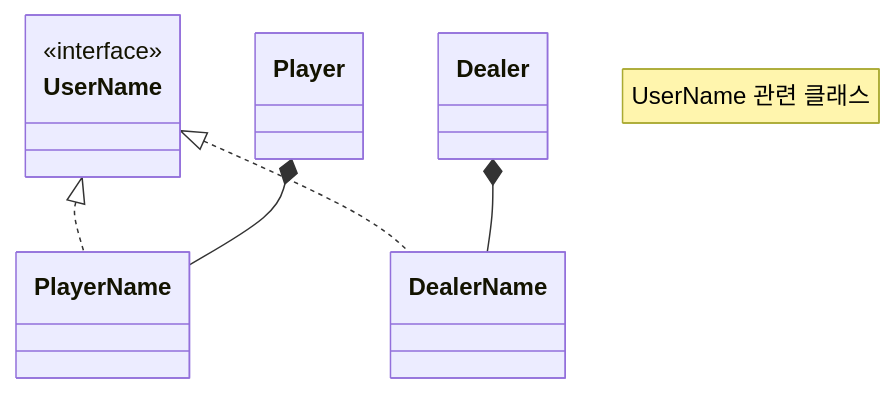
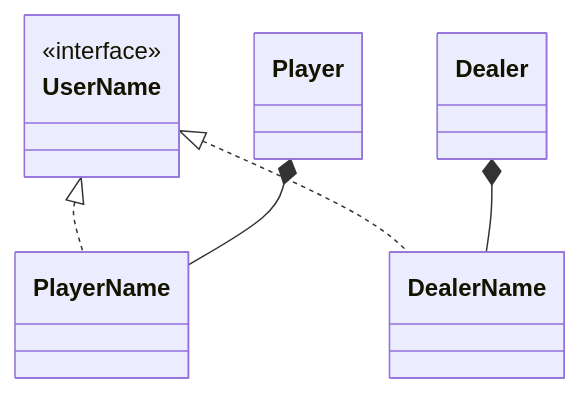
Before and after one commit to woowacourse/java-blackjack: the third of 3 diagrams in README.md, drawn with Mermaid. The commit also changed other lines of this file, not shown here.

Commit message:
docs: IDE가 지원하는 mermaid 문법만 사용

````diff
--- a/README.md
+++ b/README.md
@@ -39,9 +38,8 @@
 ```mermaid
-classDiagram-v2
-    note "UserName 관련 클래스"
+classDiagram
     UserName <|.. PlayerName
     UserName <|.. DealerName
     Player *-- PlayerName
     Dealer *-- DealerName
     <<interface>> UserName
 ```
````
